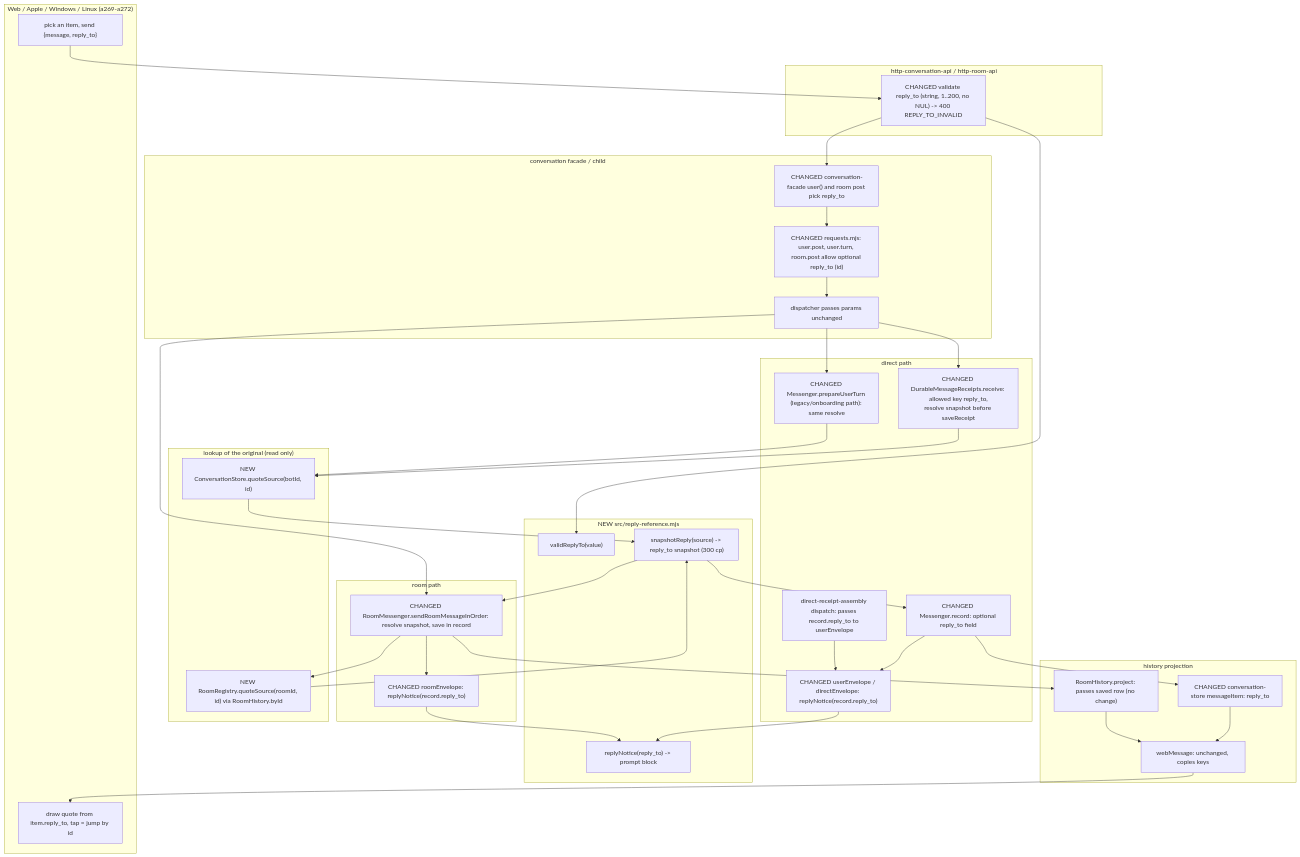
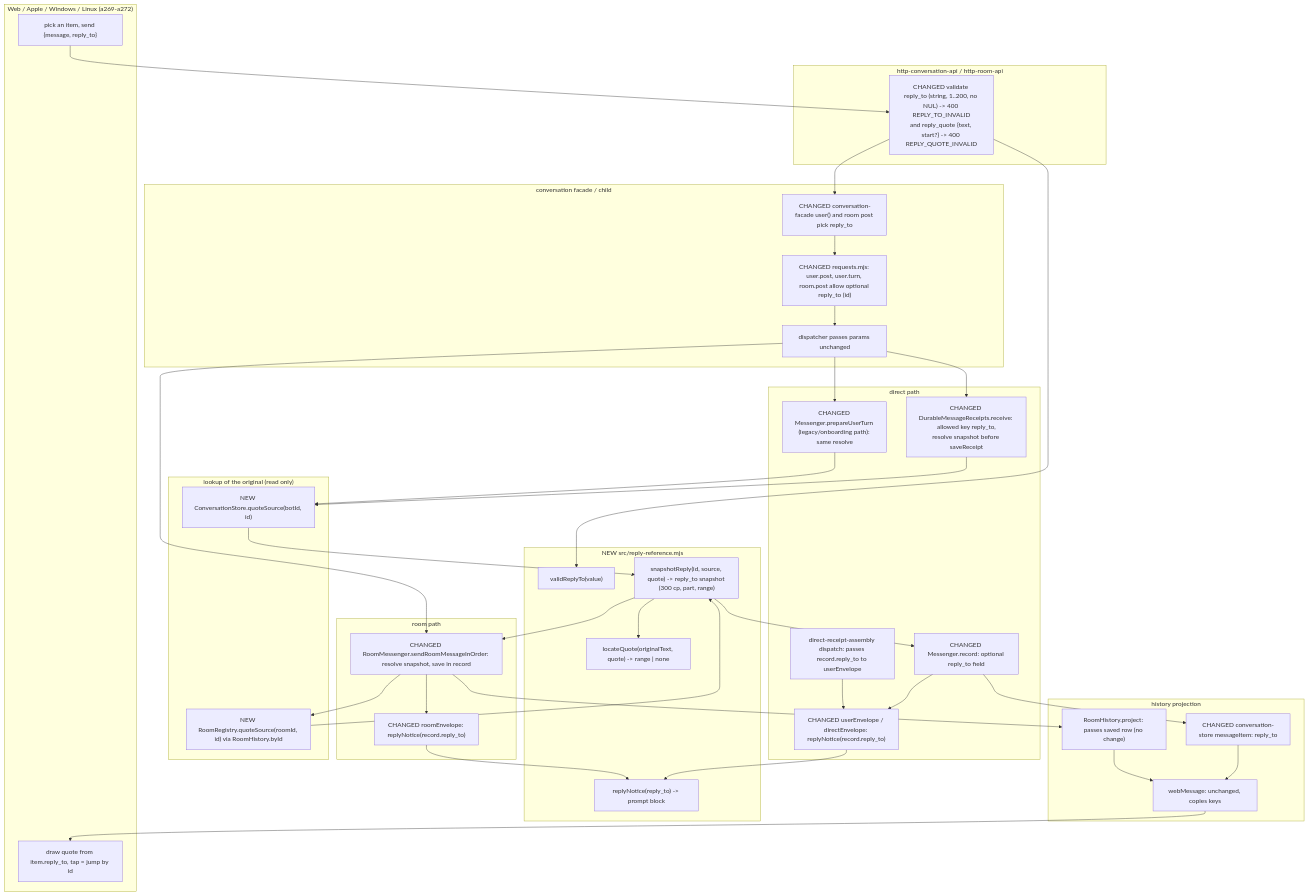
One commit to kitepon/BellTeam changed the second of 3 diagrams in docs/architecture/modules/conversation/reply.md. Above: the diagram before and after it, drawn with Mermaid. The commit also changed other lines of this file, not shown here.

Commit message:
docs: reply_quote contract for replying to a selected part of a message (a273)

````diff
--- a/docs/architecture/modules/conversation/reply.md
+++ b/docs/architecture/modules/conversation/reply.md
@@ -140,52 +225,54 @@
 ```mermaid
 flowchart TD
   subgraph Clients["Web / Apple / Windows / Linux (a269-a272)"]
     Pick["pick an item, send {message, reply_to}"]
     Draw["draw quote from item.reply_to, tap = jump by id"]
   end
   subgraph Http["http-conversation-api / http-room-api"]
-    Val["CHANGED validate reply_to (string, 1..200, no NUL) -> 400 REPLY_TO_INVALID"]
+    Val["CHANGED validate reply_to (string, 1..200, no NUL) -> 400 REPLY_TO_INVALID<br/>and reply_quote {text, start?} -> 400 REPLY_QUOTE_INVALID"]
   end
   subgraph Ipc["conversation facade / child"]
     Fac["CHANGED conversation-facade user() and room post pick reply_to"]
     Req["CHANGED requests.mjs: user.post, user.turn, room.post allow optional reply_to (id)"]
     Disp["dispatcher passes params unchanged"]
   end
   subgraph Direct["direct path"]
     Recv["CHANGED DurableMessageReceipts.receive: allowed key reply_to,<br/>resolve snapshot before saveReceipt"]
     Prep["CHANGED Messenger.prepareUserTurn (legacy/onboarding path): same resolve"]
     Rec["CHANGED Messenger.record: optional reply_to field"]
     Env["CHANGED userEnvelope / directEnvelope: replyNotice(record.reply_to)"]
     Dsp["direct-receipt-assembly dispatch: passes record.reply_to to userEnvelope"]
   end
   subgraph Room["room path"]
     RM["CHANGED RoomMessenger.sendRoomMessageInOrder: resolve snapshot, save in record"]
     REnv["CHANGED roomEnvelope: replyNotice(record.reply_to)"]
   end
   subgraph Reply["NEW src/reply-reference.mjs"]
     Valid["validReplyTo(value)"]
-    Snap["snapshotReply(source) -> reply_to snapshot (300 cp)"]
+    Snap["snapshotReply(id, source, quote) -> reply_to snapshot (300 cp, part, range)"]
+    Locate["locateQuote(originalText, quote) -> range | none"]
     Notice["replyNotice(reply_to) -> prompt block"]
   end
   subgraph Lookup["lookup of the original (read only)"]
     SQ["NEW ConversationStore.quoteSource(botId, id)"]
     RQ["NEW RoomRegistry.quoteSource(roomId, id) via RoomHistory.byId"]
   end
   subgraph Read["history projection"]
     MI["CHANGED conversation-store messageItem: reply_to"]
     RP["RoomHistory.project: passes saved row (no change)"]
     WM["webMessage: unchanged, copies keys"]
   end
   Pick --> Val --> Fac --> Req --> Disp
   Disp --> Recv & Prep & RM
   Val --> Valid
   Recv & Prep --> SQ --> Snap
+  Snap --> Locate
   RM --> RQ --> Snap
   Snap --> Rec
   Snap --> RM
   Rec --> Env
   Dsp --> Env --> Notice
   RM --> REnv --> Notice
   Rec --> MI --> WM --> Draw
   RM --> RP --> WM
 ```
````
